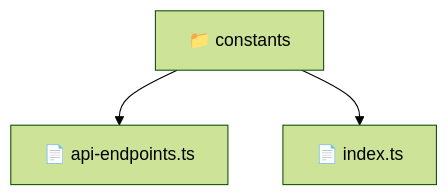
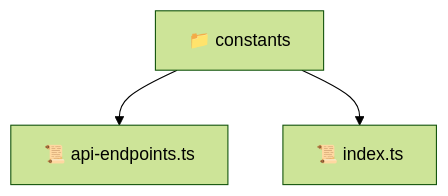
The diagram in frontend/src/core/constants/README.md (beginwebdev2002/fullstack-mavluda), drawn with Mermaid (forest theme) before and after one commit. The commit also changed other lines of this file and 163 other files, not shown here.

````diff
--- a/frontend/src/core/constants/README.md
+++ b/frontend/src/core/constants/README.md
@@ -9,6 +9,6 @@
 ```mermaid
 graph TD
-  Root["📁 constants"]
-  Root --> api_endpoints_ts["📄 api-endpoints.ts"]
-  Root --> index_ts["📄 index.ts"]
+  constants["📁 constants"]
+  constants --> api_endpoints_ts["📜 api-endpoints.ts"]
+  constants --> index_ts["📜 index.ts"]
 ```
````
